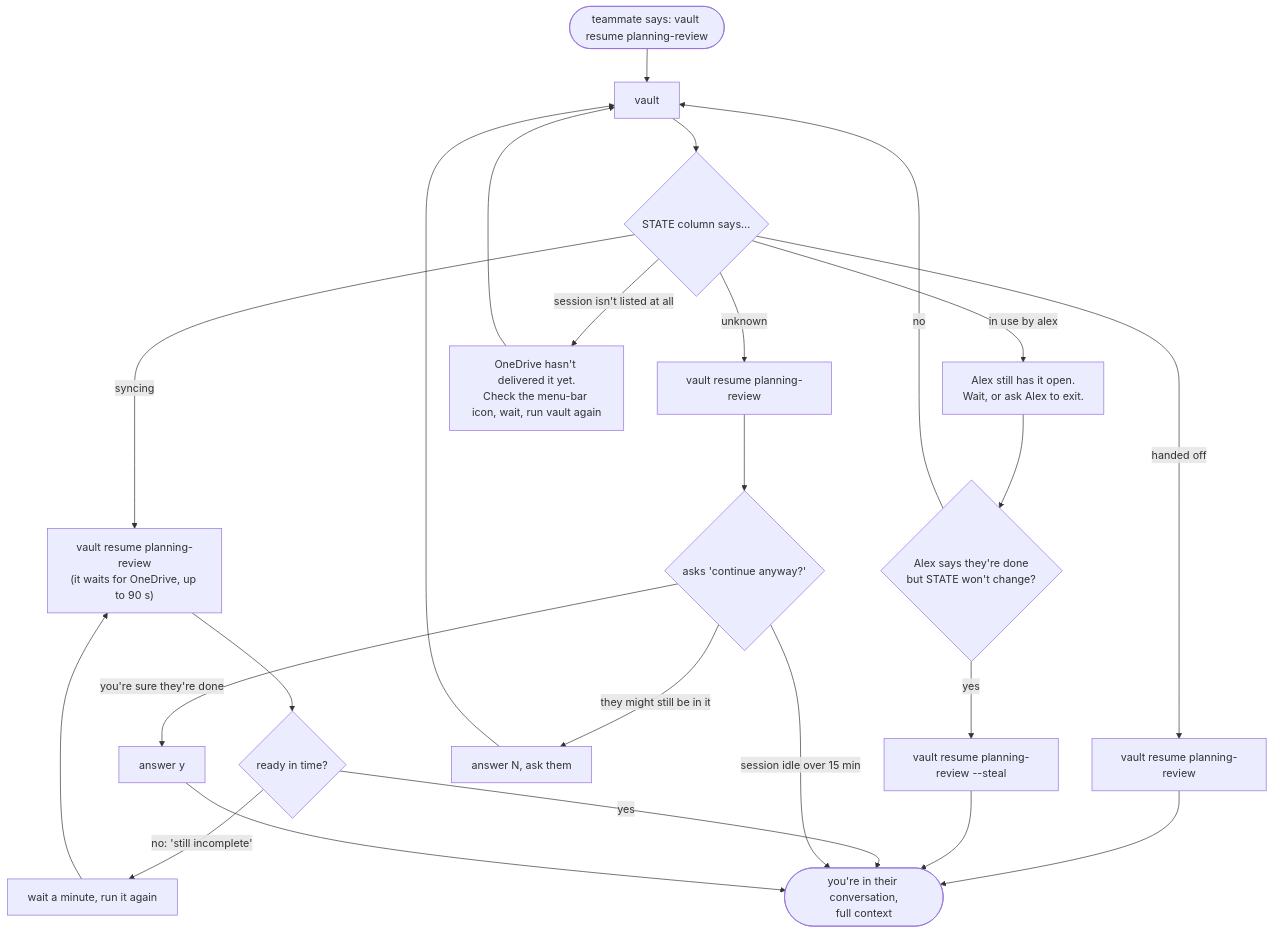
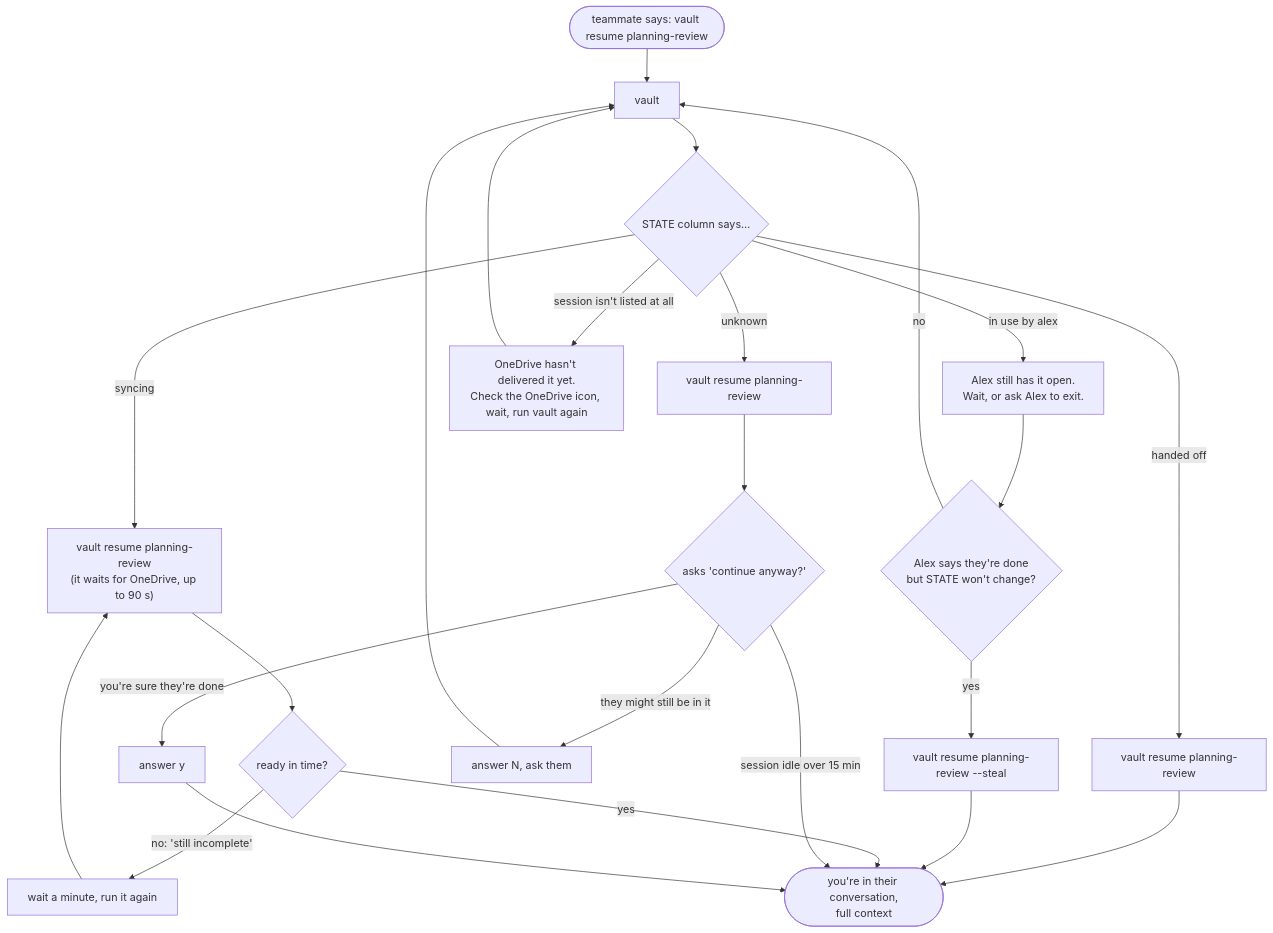
Before and after one commit to shashb27/vault: the third of 6 diagrams in README.md, drawn with Mermaid. The commit also changed other lines of this file and 33 other files, not shown here.

````diff
--- a/README.md
+++ b/README.md
@@ -110,20 +123,20 @@
 ```mermaid
 flowchart TD
     A(["teammate says: vault resume planning-review"]) --> B["vault"]
     B --> C{"STATE column says…"}
     C -- "handed off" --> D["vault resume planning-review"] --> Z(["you're in their conversation,<br/>full context"])
     C -- "in use by alex" --> E["Alex still has it open.<br/>Wait, or ask Alex to exit."]
     E --> F{"Alex says they're done<br/>but STATE won't change?"}
     F -- yes --> G["vault resume planning-review --steal"] --> Z
     F -- no --> B
     C -- "syncing" --> H["vault resume planning-review<br/>(it waits for OneDrive, up to 90 s)"]
     H --> I{"ready in time?"}
     I -- yes --> Z
     I -- "no: 'still incomplete'" --> J["wait a minute, run it again"] --> H
     C -- "unknown" --> K["vault resume planning-review"]
     K --> L{"asks 'continue anyway?'"}
     L -- "session idle over 15 min" --> Z
     L -- "they might still be in it" --> M["answer N, ask them"] --> B
     L -- "you're sure they're done" --> N["answer y"] --> Z
-    C -- "session isn't listed at all" --> O["OneDrive hasn't delivered it yet.<br/>Check the menu-bar icon, wait, run vault again"] --> B
+    C -- "session isn't listed at all" --> O["OneDrive hasn't delivered it yet.<br/>Check the OneDrive icon, wait, run vault again"] --> B
 ```
````
